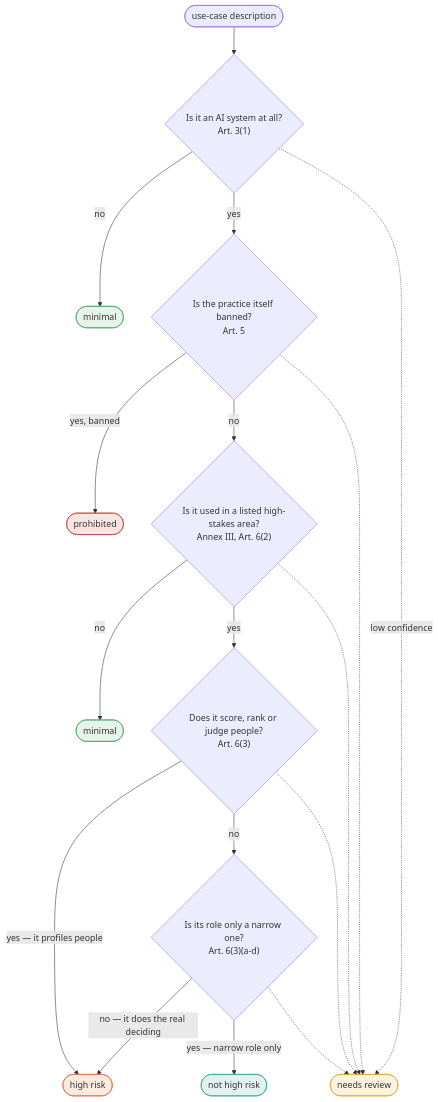
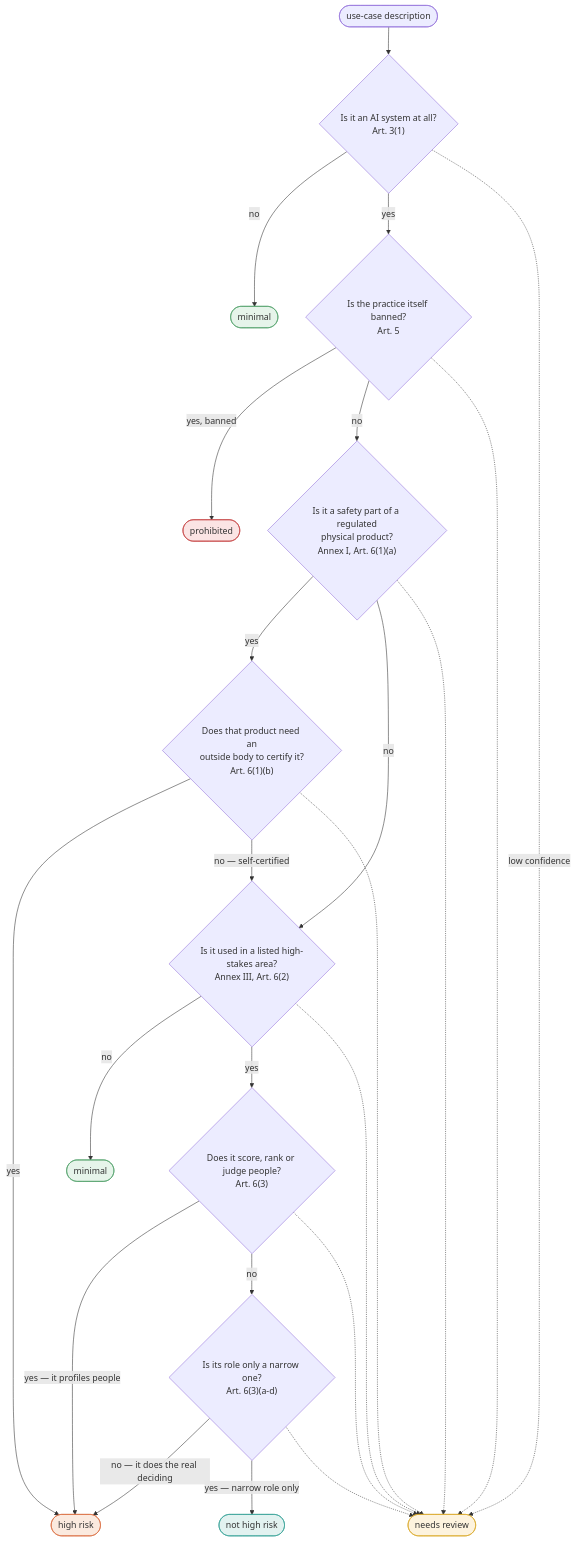
Before and after one commit to vidibro/ai-act-compliance-agent: the first of 2 diagrams in README.md, drawn with Mermaid. The commit also changed other lines of this file and 2 other files, not shown here.

Commit message:
Document the Annex I route and the scope decision

````diff
--- a/README.md
+++ b/README.md
@@ -86,25 +86,31 @@
 ```mermaid
 flowchart TD
     START([use-case description]) --> AI{"Is it an AI system at all?<br/>Art. 3(1)"}
     AI -->|no| MIN1([minimal]):::ok
     AI -->|yes| PROH{"Is the practice itself banned?<br/>Art. 5"}
     PROH -->|yes, banned| BAN([prohibited]):::ban
-    PROH -->|no| ANNEX{"Is it used in a listed high-stakes area?<br/>Annex III, Art. 6(2)"}
+    PROH -->|no| ANNEXI{"Is it a safety part of a regulated<br/>physical product?<br/>Annex I, Art. 6(1)(a)"}
+    ANNEXI -->|yes| TPA{"Does that product need an<br/>outside body to certify it?<br/>Art. 6(1)(b)"}
+    TPA -->|yes| HIGH([high risk]):::high
+    TPA -->|"no — self-certified"| ANNEX
+    ANNEXI -->|no| ANNEX{"Is it used in a listed high-stakes area?<br/>Annex III, Art. 6(2)"}
     ANNEX -->|no| MIN2([minimal]):::ok
     ANNEX -->|yes| PROF{"Does it score, rank or judge people?<br/>Art. 6(3)"}
-    PROF -->|"yes — it profiles people"| HIGH([high risk]):::high
+    PROF -->|"yes — it profiles people"| HIGH
     PROF -->|no| DER{"Is its role only a narrow one?<br/>Art. 6(3)(a-d)"}
     DER -->|"no — it does the real deciding"| HIGH
     DER -->|"yes — narrow role only"| NHR([not high risk]):::mid
     AI -.->|low confidence| NR([needs review]):::rev
     PROH -.-> NR
+    ANNEXI -.-> NR
+    TPA -.-> NR
     ANNEX -.-> NR
     PROF -.-> NR
     DER -.-> NR
 
     classDef ban fill:#fbe4e4,stroke:#c23b3b
     classDef high fill:#fbeadf,stroke:#d9683a
     classDef mid fill:#e2f2f0,stroke:#2f9e93
     classDef ok fill:#e6f4ea,stroke:#4a9d63
     classDef rev fill:#fdf3de,stroke:#d9a521
 ```
````
